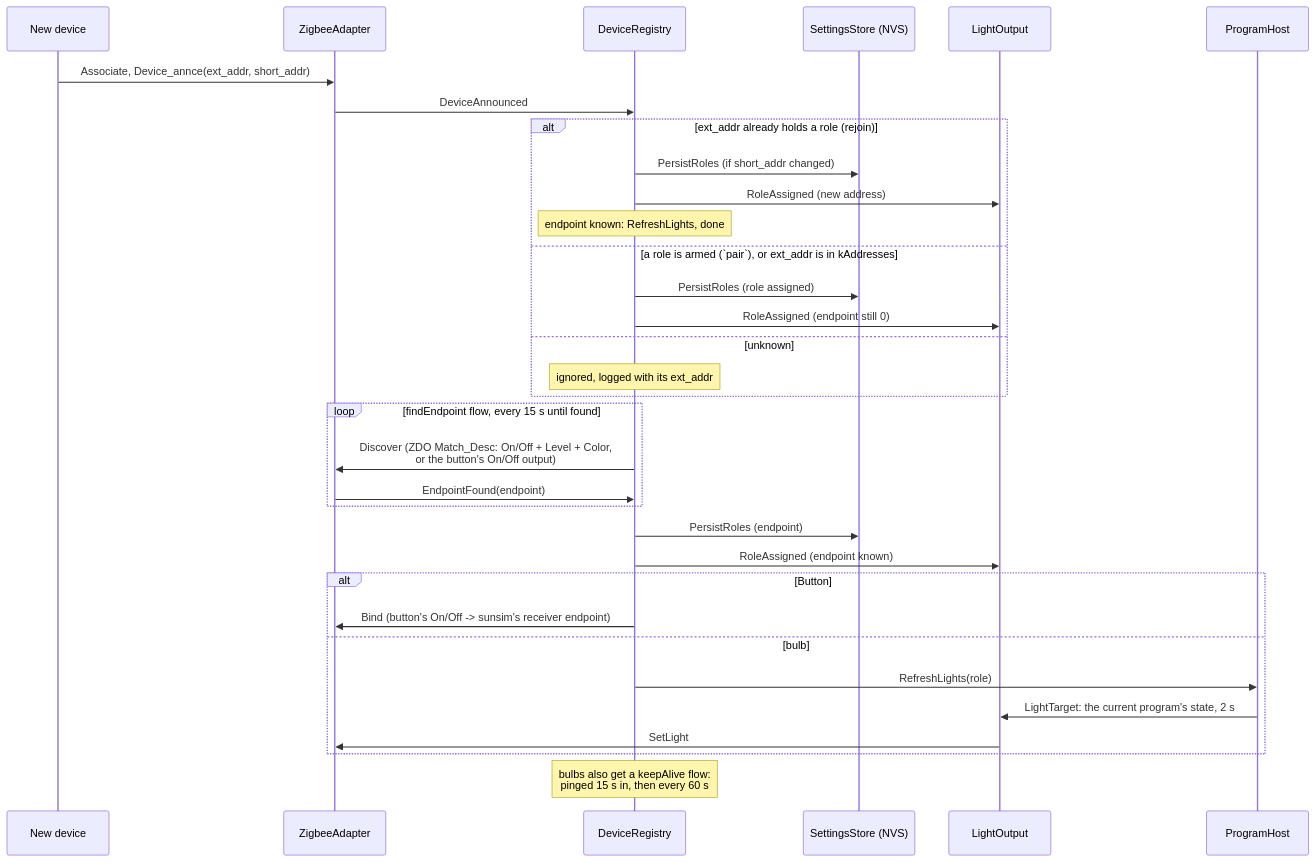
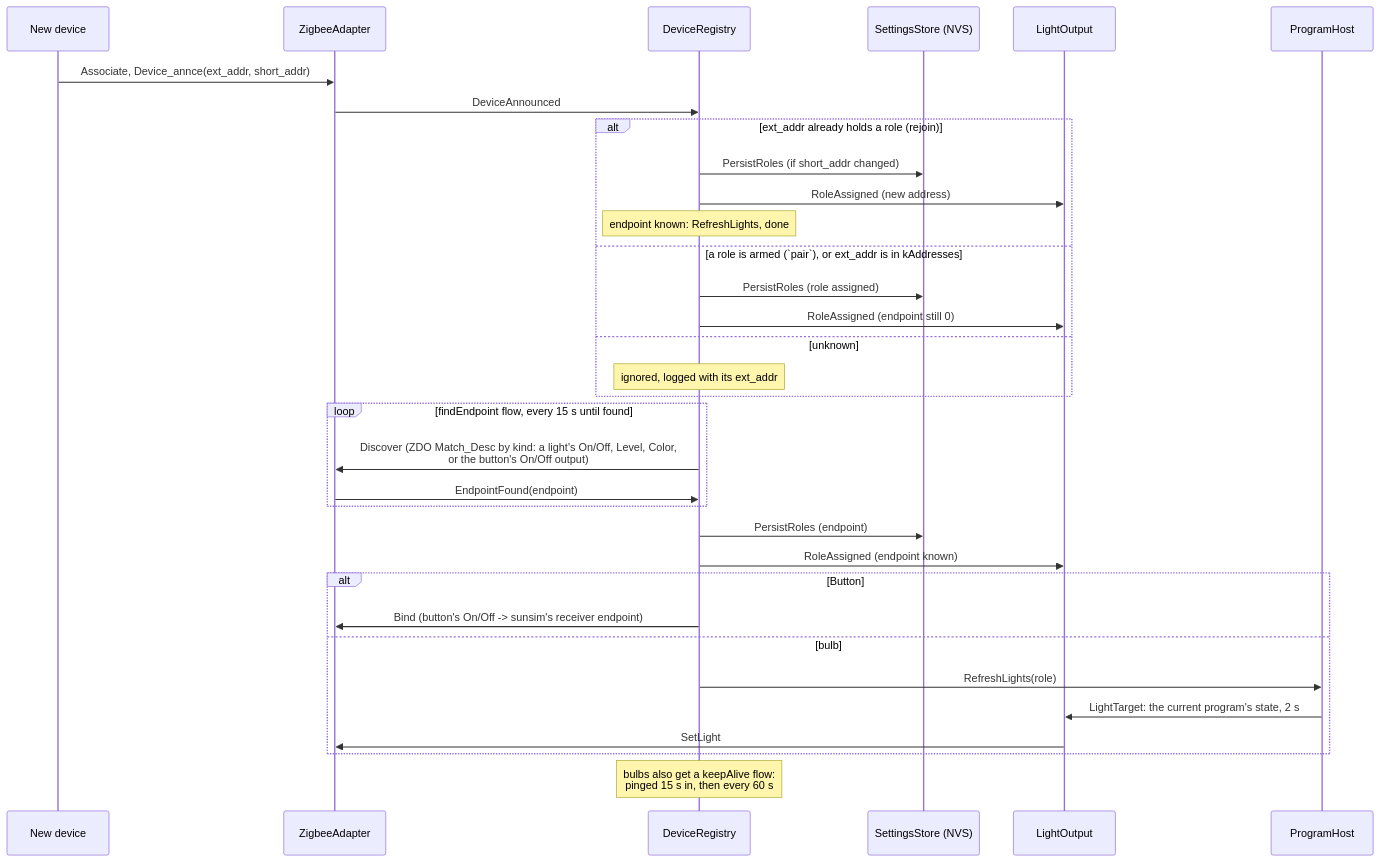
The third of 5 diagrams in DESIGN.md (bjerre/sunsim), drawn with Mermaid before and after one commit. The commit also changed other lines of this file and 20 other files, not shown here.

First line of the commit message:
Each group has a kind: color, white or dimmable bulb, plug, or button

````diff
--- a/DESIGN.md
+++ b/DESIGN.md
@@ -94,39 +96,39 @@
 ```mermaid
 sequenceDiagram
     participant Dev as New device
     participant ZA as ZigbeeAdapter
     participant DR as DeviceRegistry
     participant SS as SettingsStore (NVS)
     participant LO as LightOutput
     participant PH as ProgramHost
 
     Dev->>ZA: Associate, Device_annce(ext_addr, short_addr)
     ZA->>DR: DeviceAnnounced
 
     alt ext_addr already holds a role (rejoin)
         DR->>SS: PersistRoles (if short_addr changed)
         DR->>LO: RoleAssigned (new address)
         Note over DR: endpoint known: RefreshLights, done
     else a role is armed (`pair`), or ext_addr is in kAddresses
         DR->>SS: PersistRoles (role assigned)
         DR->>LO: RoleAssigned (endpoint still 0)
     else unknown
         Note over DR: ignored, logged with its ext_addr
     end
 
     loop findEndpoint flow, every 15 s until found
-        DR->>ZA: Discover (ZDO Match_Desc: On/Off + Level + Color,<br/>or the button's On/Off output)
+        DR->>ZA: Discover (ZDO Match_Desc by kind: a light's On/Off, Level, Color,<br/>or the button's On/Off output)
         ZA->>DR: EndpointFound(endpoint)
     end
     DR->>SS: PersistRoles (endpoint)
     DR->>LO: RoleAssigned (endpoint known)
 
     alt Button
         DR->>ZA: Bind (button's On/Off -> sunsim's receiver endpoint)
     else bulb
         DR->>PH: RefreshLights(role)
         PH->>LO: LightTarget: the current program's state, 2 s
         LO->>ZA: SetLight
     end
     Note over DR: bulbs also get a keepAlive flow:<br/>pinged 15 s in, then every 60 s
 ```
````
